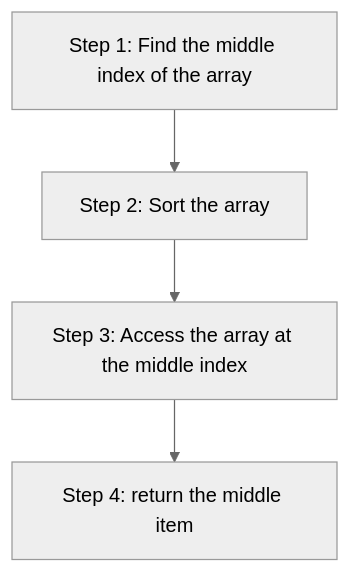
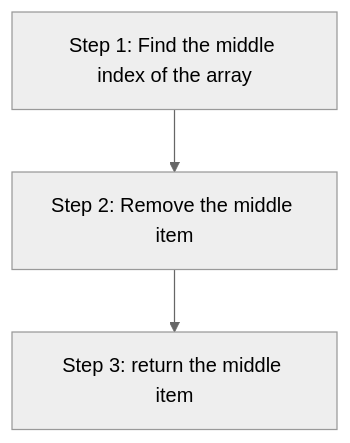
The diagram in content/js2/blocks/median/index.md (CodeYourFuture/curriculum), drawn with Mermaid (neutral theme) before and after one commit. The commit also changed other lines of this file and 1 other file, not shown here.

Commit message:
remove reference to sort

````diff
--- a/content/js2/blocks/median/index.md
+++ b/content/js2/blocks/median/index.md
@@ -39,6 +39,5 @@
 ```mermaid
 flowchart TD
-    A[Step 1: Find the middle index of the array] --> B[Step 2: Sort the array]
-    B --> C[Step 3: Access the array at the middle index]
-    C --> D[Step 4: return the middle item]
+    A[Step 1: Find the middle index of the array] --> B[Step 2: Remove the middle item]
+    B --> C[Step 3: return the middle item]
 ```
````
